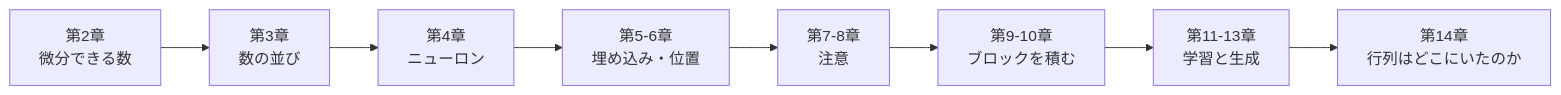
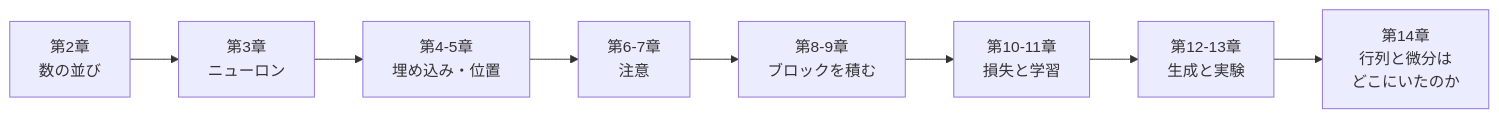
The diagram in docs/site/index.md (kmizu/no-matrix-transformer), drawn with Mermaid before and after one commit. The commit also changed other lines of this file and 23 other files, not shown here.

````diff
--- a/docs/site/index.md
+++ b/docs/site/index.md
@@ -43,10 +51,10 @@
 ```mermaid
 flowchart LR
-  V[第2章<br/>微分できる数] --> Vec[第3章<br/>数の並び]
-  Vec --> D[第4章<br/>ニューロン]
-  D --> E[第5-6章<br/>埋め込み・位置]
-  E --> A[第7-8章<br/>注意]
-  A --> B[第9-10章<br/>ブロックを積む]
-  B --> T[第11-13章<br/>学習と生成]
-  T --> X[第14章<br/>行列はどこにいたのか]
+  Vec[第2章<br/>数の並び] --> D[第3章<br/>ニューロン]
+  D --> E[第4-5章<br/>埋め込み・位置]
+  E --> A[第6-7章<br/>注意]
+  A --> B[第8-9章<br/>ブロックを積む]
+  B --> L[第10-11章<br/>損失と学習]
+  L --> G[第12-13章<br/>生成と実験]
+  G --> X[第14章<br/>行列と微分は<br/>どこにいたのか]
 ```
````
